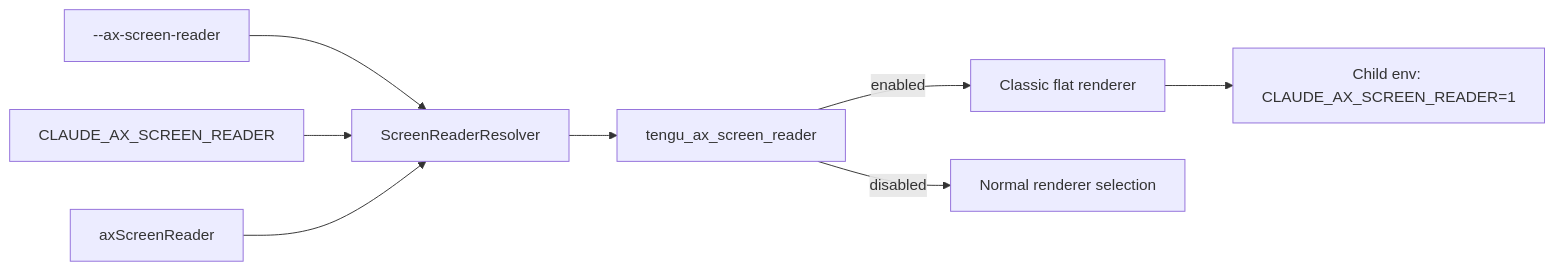
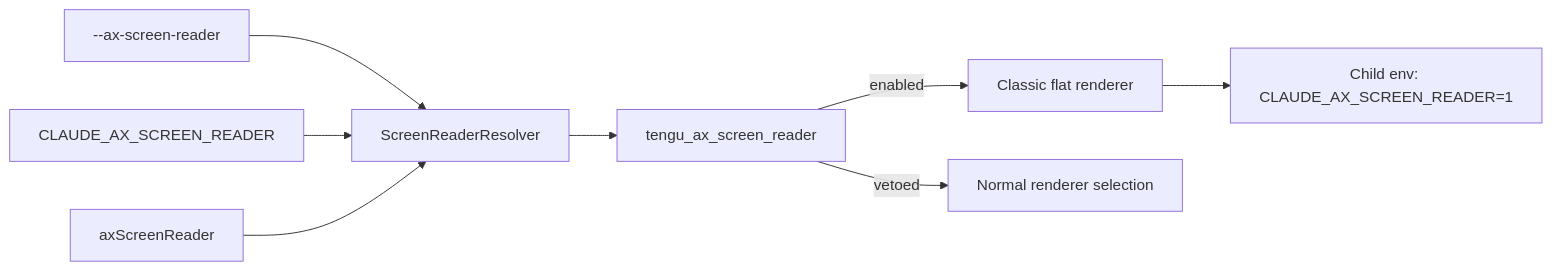
One commit to vibewatch/claude-code-internals changed the diagram in docs/01-runtime-lifecycle/accessibility-and-screen-reader-mode.md. Above: the diagram before and after it, drawn with Mermaid. The commit also changed other lines of this file and 46 other files, not shown here.

````diff
--- a/docs/01-runtime-lifecycle/accessibility-and-screen-reader-mode.md
+++ b/docs/01-runtime-lifecycle/accessibility-and-screen-reader-mode.md
@@ -30,10 +39,10 @@
 ```mermaid
 flowchart LR
     Flag[--ax-screen-reader] --> Resolve[ScreenReaderResolver]
     Env[CLAUDE_AX_SCREEN_READER] --> Resolve
     Setting[axScreenReader] --> Resolve
     Resolve --> Gate[tengu_ax_screen_reader]
     Gate -->|enabled| Classic[Classic flat renderer]
-    Gate -->|disabled| Normal[Normal renderer selection]
+    Gate -->|vetoed| Normal[Normal renderer selection]
     Classic --> Child[Child env: CLAUDE_AX_SCREEN_READER=1]
 ```
````
